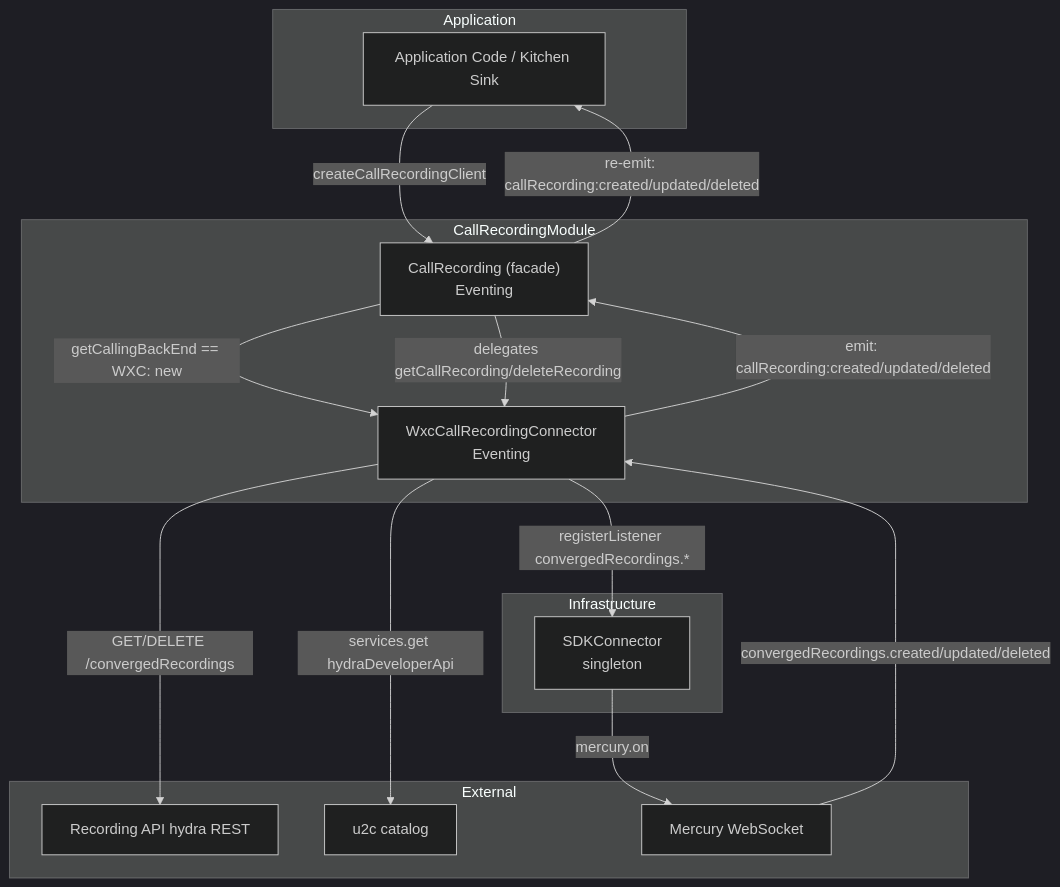
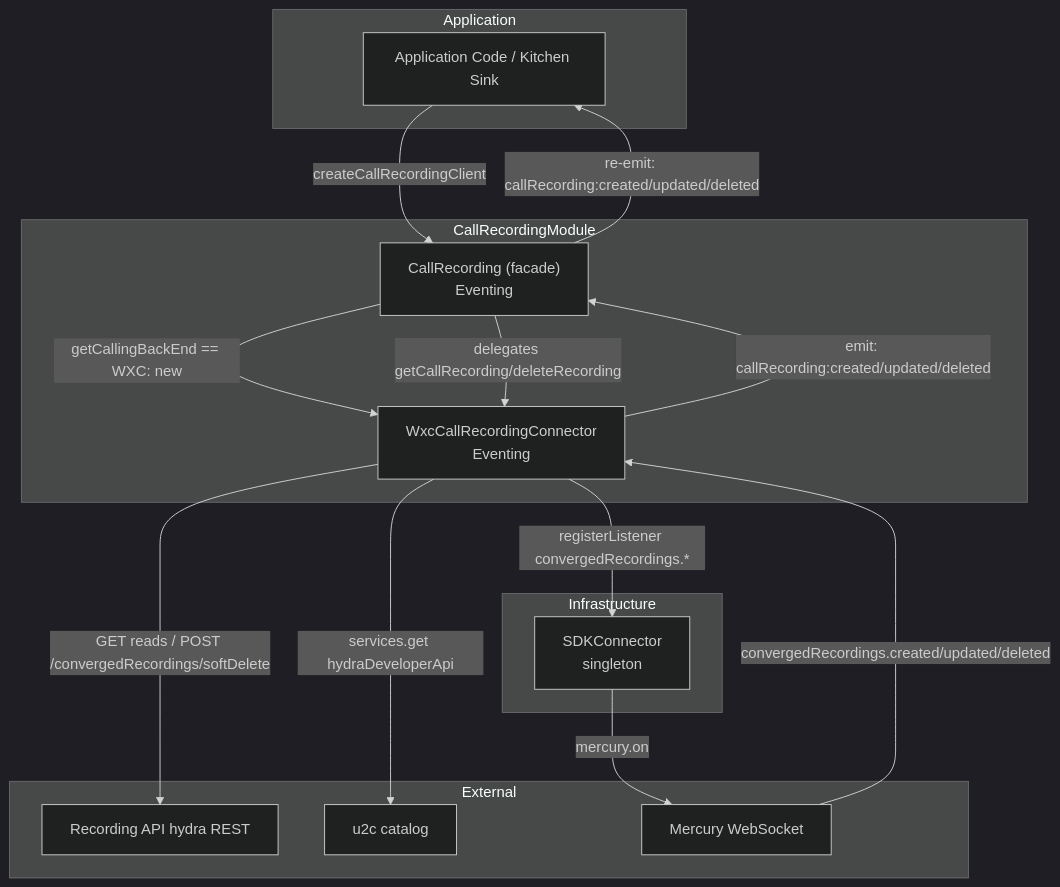
The first of 6 diagrams in packages/calling/src/CallRecording/ai-docs/ARCHITECTURE.md (webex/webex-js-sdk), drawn with Mermaid (dark theme) before and after one commit. The commit also changed other lines of this file and 2 other files, not shown here.

Commit message:
docs(calling): align deleteRecording docs with soft delete behavior
Update stale JSDoc/architecture docs that still described the old
compliance permanent-delete path for deleteRecording. The connector now
uses POST /convergedRecordings/softDelete (recycle bin), so:

- CallRecording facade deleteRecording JSDoc -> soft delete / recycle bin
- ICallRecording interface summary -> soft delete instead of permanent
- ARCHITECTURE.md sequence note -> 204 (recording moved to recycle bin)
- ARCHITECTURE.md component edge -> GET reads / POST softDelete

Addresses PR review feedback (doc-only; no behavior change).

````diff
--- a/packages/calling/src/CallRecording/ai-docs/ARCHITECTURE.md
+++ b/packages/calling/src/CallRecording/ai-docs/ARCHITECTURE.md
@@ -60,33 +60,33 @@
 ```mermaid
 flowchart TB
     subgraph Application
         App[Application Code / Kitchen Sink]
     end
 
     subgraph CallRecordingModule
         CR["CallRecording (facade)\nEventing<CallRecordingEventTypes>"]
         WC["WxcCallRecordingConnector\nEventing<CallRecordingEventTypes>"]
     end
 
     subgraph Infrastructure
         SDK["SDKConnector\nsingleton"]
     end
 
     subgraph External
         WxApp[Recording API hydra REST]
         Catalog[u2c catalog]
         Mercury[Mercury WebSocket]
     end
 
     App -->|createCallRecordingClient| CR
     CR -->|getCallingBackEnd == WXC: new| WC
     CR -->|delegates getCallRecording/deleteRecording| WC
     WC -->|services.get hydraDeveloperApi| Catalog
-    WC -->|GET/DELETE /convergedRecordings| WxApp
+    WC -->|GET reads / POST /convergedRecordings/softDelete| WxApp
 
     WC -->|registerListener convergedRecordings.*| SDK
     SDK -->|mercury.on| Mercury
     Mercury -->|convergedRecordings.created/updated/deleted| WC
     WC -->|emit: callRecording:created/updated/deleted| CR
     CR -->|re-emit: callRecording:created/updated/deleted| App
 ```
````
